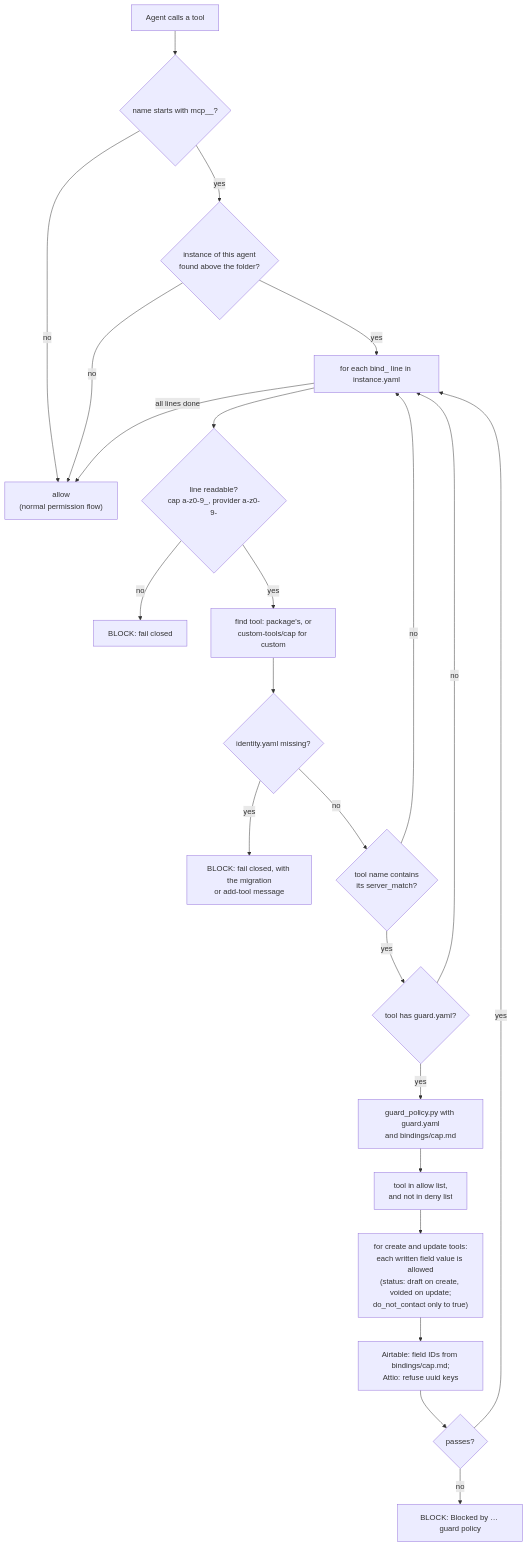
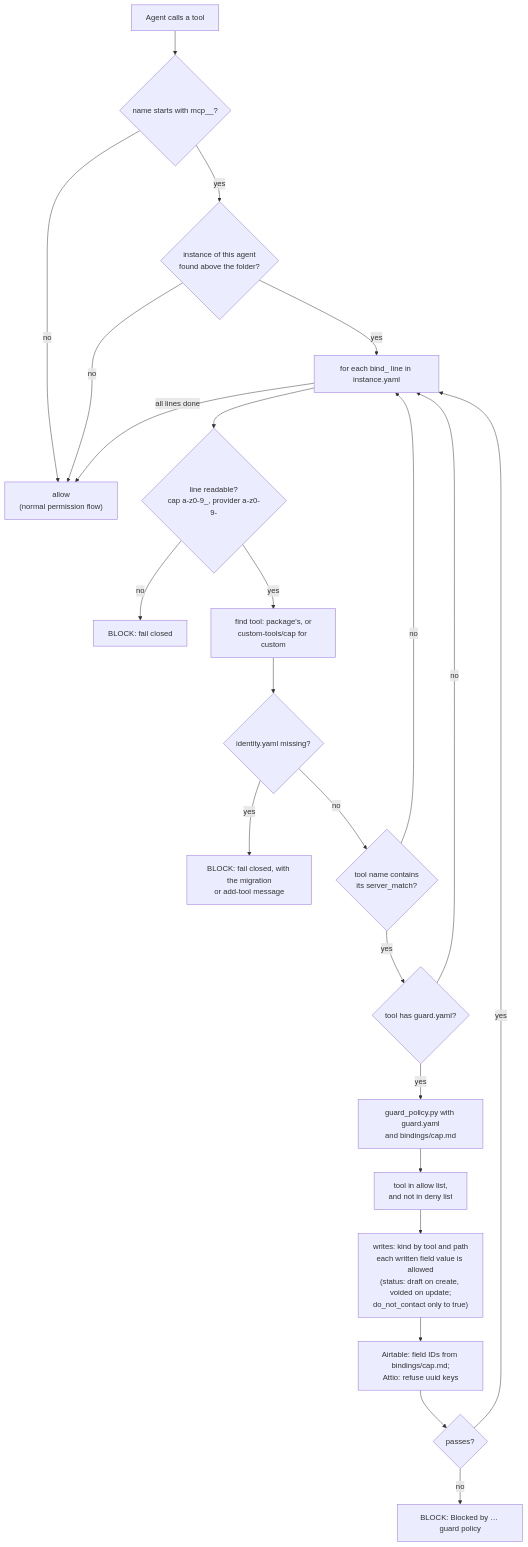
Before and after one commit to webspenser/agent-builder: the fourth of 6 diagrams in docs/how-it-works.md, drawn with Mermaid. The commit also changed other lines of this file and 7 other files, not shown here.

Commit message:
feat: setup offers two ways to create tool fields; Agent Standard 4.0 docs

````diff
--- a/docs/how-it-works.md
+++ b/docs/how-it-works.md
@@ -173,25 +179,25 @@
 ```mermaid
 flowchart TD
   C["Agent calls a tool"] --> MC{"name starts with mcp__?"}
   MC -- no --> OK["allow<br/>(normal permission flow)"]
   MC -- yes --> I{"instance of this agent<br/>found above the folder?"}
   I -- no --> OK
   I -- yes --> B["for each bind_ line in instance.yaml"]
   B --> R{"line readable?<br/>cap a-z0-9_, provider a-z0-9-"}
   R -- no --> BL["BLOCK: fail closed"]
   R -- yes --> AD["find tool: package's, or<br/>custom-tools/cap for custom"]
   AD --> ID{"identity.yaml missing?"}
   ID -- yes --> BL3["BLOCK: fail closed, with the migration<br/>or add-tool message"]
   ID -- no --> SM{"tool name contains<br/>its server_match?"}
   SM -- no --> B
   SM -- yes --> GY{"tool has guard.yaml?"}
   GY -- no --> B
   GY -- yes --> E["guard_policy.py with guard.yaml<br/>and bindings/cap.md"]
   E --> E1["tool in allow list,<br/>and not in deny list"]
-  E1 --> E2["for create and update tools:<br/>each written field value is allowed<br/>(status: draft on create, voided on update;<br/>do_not_contact only to true)"]
+  E1 --> E2["writes: kind by tool and path<br/>each written field value is allowed<br/>(status: draft on create, voided on update;<br/>do_not_contact only to true)"]
   E2 --> E3["Airtable: field IDs from bindings/cap.md;<br/>Attio: refuse uuid keys"]
   E3 --> D{"passes?"}
   D -- no --> BL2["BLOCK: Blocked by … guard policy"]
   D -- yes --> B
   B -- all lines done --> OK
 ```
````
